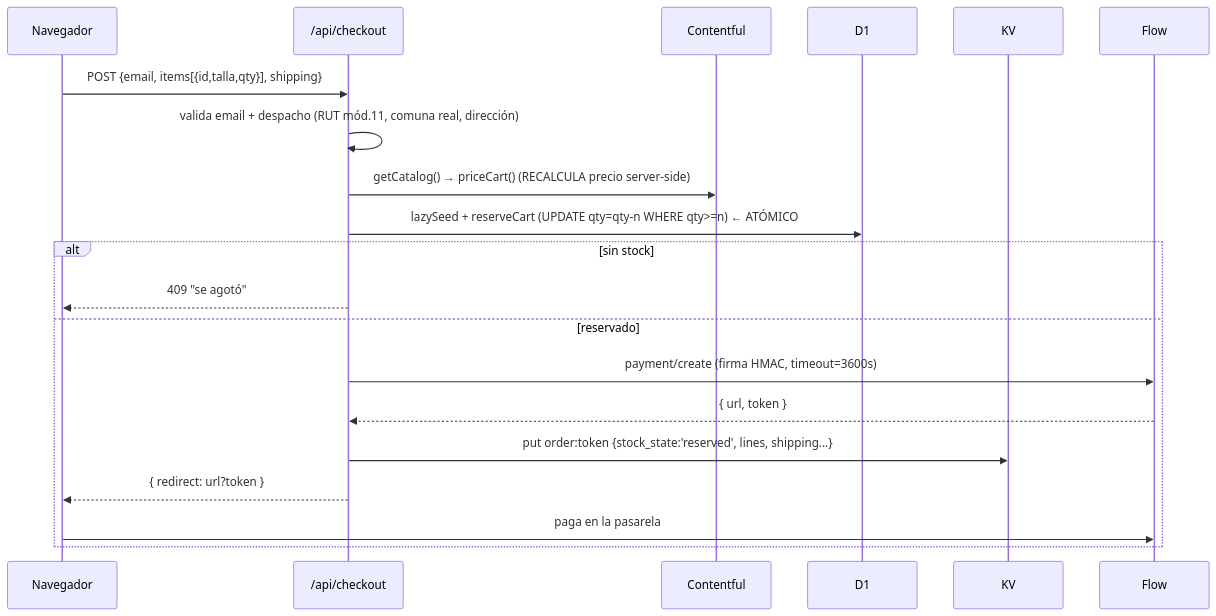
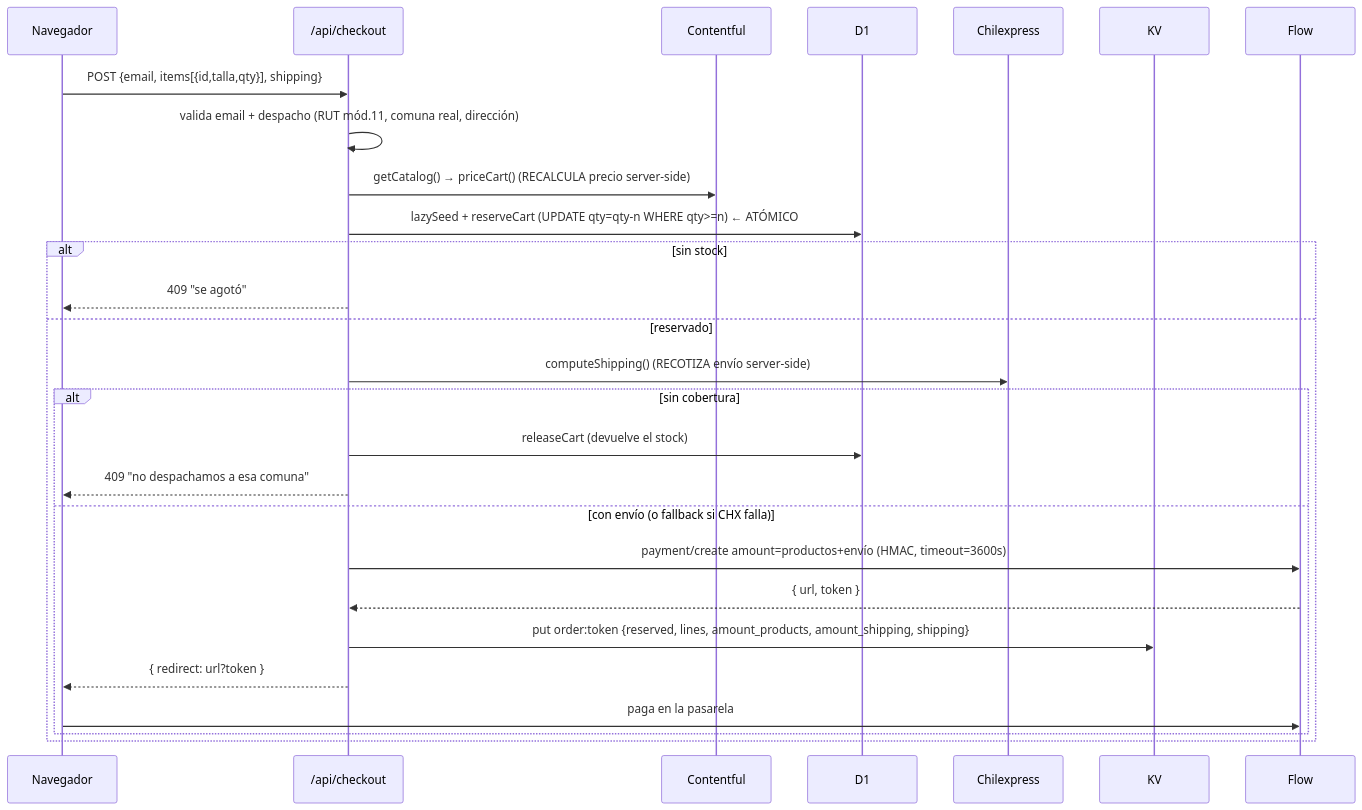
One commit to pauloski/black-cuack-studio changed the third of 5 diagrams in ARCHITECTURE.md. Above: the diagram before and after it, drawn with Mermaid. The commit also changed other lines of this file and 4 other files, not shown here.

````diff
--- a/ARCHITECTURE.md
+++ b/ARCHITECTURE.md
@@ -244,23 +270,30 @@
 ```mermaid
 sequenceDiagram
   participant B as Navegador
   participant CO as /api/checkout
   participant CF as Contentful
   participant D1 as D1
+  participant CHX as Chilexpress
   participant KV as KV
   participant F as Flow
 
   B->>CO: POST {email, items[{id,talla,qty}], shipping}
   CO->>CO: valida email + despacho (RUT mód.11, comuna real, dirección)
   CO->>CF: getCatalog() → priceCart() (RECALCULA precio server-side)
   CO->>D1: lazySeed + reserveCart (UPDATE qty=qty-n WHERE qty>=n)  ← ATÓMICO
   alt sin stock
     CO-->>B: 409 "se agotó"
   else reservado
-    CO->>F: payment/create (firma HMAC, timeout=3600s)
-    F-->>CO: { url, token }
-    CO->>KV: put order:token {stock_state:'reserved', lines, shipping...}
-    CO-->>B: { redirect: url?token }
-    B->>F: paga en la pasarela
+    CO->>CHX: computeShipping() (RECOTIZA envío server-side)
+    alt sin cobertura
+      CO->>D1: releaseCart (devuelve el stock)
+      CO-->>B: 409 "no despachamos a esa comuna"
+    else con envío (o fallback si CHX falla)
+      CO->>F: payment/create amount=productos+envío (HMAC, timeout=3600s)
+      F-->>CO: { url, token }
+      CO->>KV: put order:token {reserved, lines, amount_products, amount_shipping, shipping}
+      CO-->>B: { redirect: url?token }
+      B->>F: paga en la pasarela
+    end
   end
 ```
````
